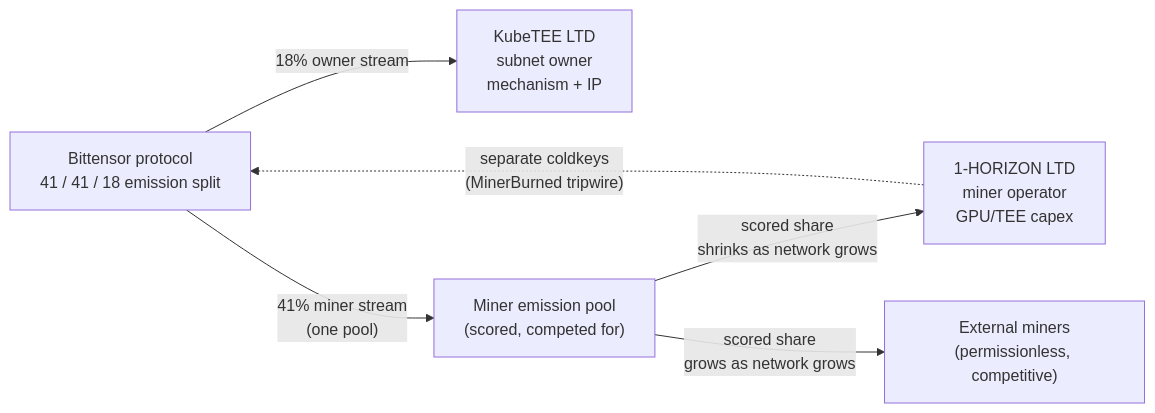
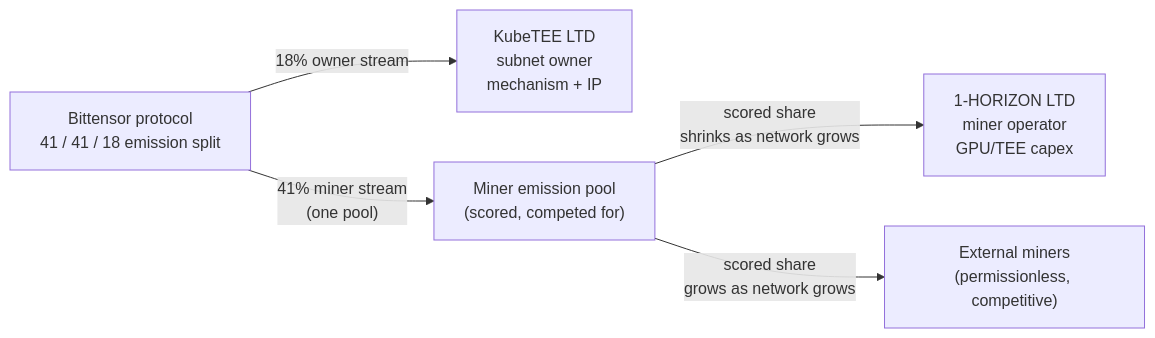
Before and after one commit to KubeTEE-AI/kubetee-subnet: the third of 6 diagrams in README.md, drawn with Mermaid. The commit also changed other lines of this file and 1 other file, not shown here.

First line of the commit message:
docs(subnet): drop protocol-level MinerBurned tripwire mentions

````diff
--- a/README.md
+++ b/README.md
@@ -462,9 +462,8 @@
 ```mermaid
 flowchart LR
     Proto["Bittensor protocol<br/>41 / 41 / 18 emission split"]
     Proto -->|"18% owner stream"| Kube["KubeTEE LTD<br/>subnet owner<br/>mechanism + IP"]
     Proto -->|"41% miner stream<br/>(one pool)"| Pool["Miner emission pool<br/>(scored, competed for)"]
     Pool -->|"scored share<br/>shrinks as network grows"| Hori["1-HORIZON LTD<br/>miner operator<br/>GPU/TEE capex"]
     Pool -->|"scored share<br/>grows as network grows"| Ext["External miners<br/>(permissionless, competitive)"]
-    Hori -.->|"separate coldkeys<br/>(MinerBurned tripwire)"| Proto
 ```
````
